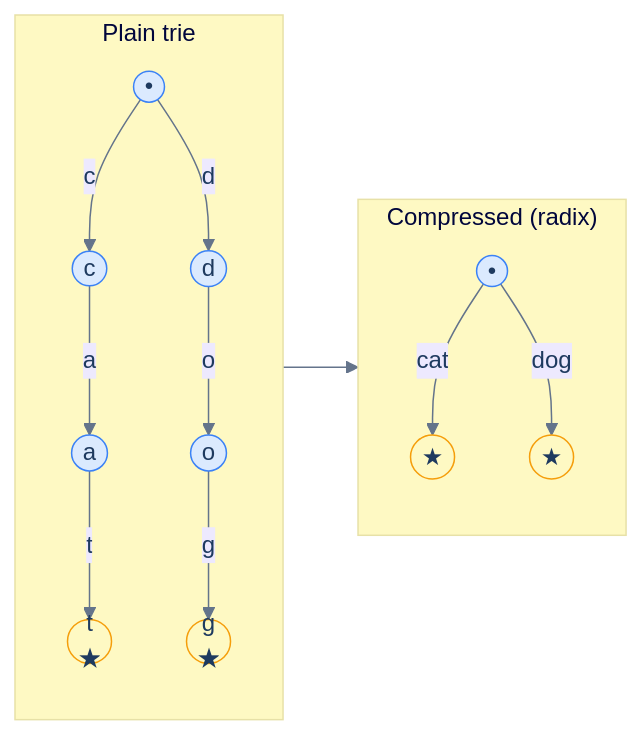
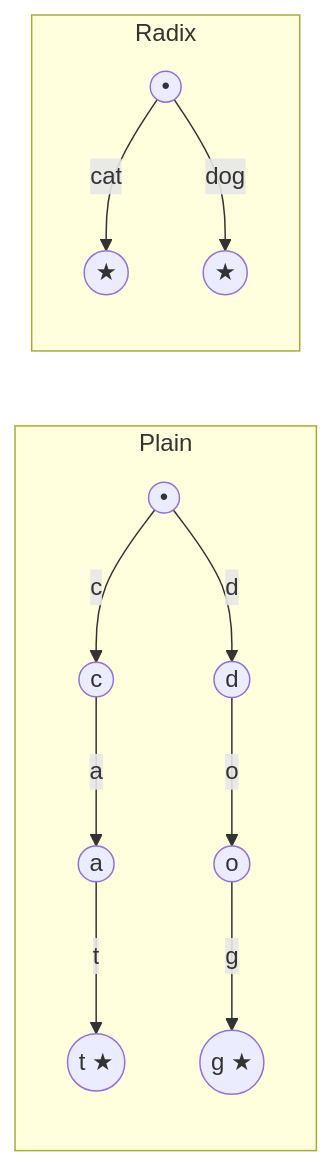
The second of 2 diagrams in content/cortex/data-structures-and-algorithms/03-trees/04-trie/01-introduction-to-tries.md (ani2fun/codefolio), drawn with Mermaid before and after one commit. The commit also changed other lines of this file and 1049 other files, not shown here.

````diff
--- a/content/cortex/data-structures-and-algorithms/03-trees/04-trie/01-introduction-to-tries.md
+++ b/content/cortex/data-structures-and-algorithms/03-trees/04-trie/01-introduction-to-tries.md
@@ -292,27 +201,11 @@
 ```mermaid
----
-config:
-  theme: base
-  themeVariables:
-    primaryColor: "#dbeafe"
-    primaryBorderColor: "#3b82f6"
-    primaryTextColor: "#1e3a5f"
-    lineColor: "#64748b"
-    secondaryColor: "#ede9fe"
-    tertiaryColor: "#fef9c3"
----
 flowchart LR
-  subgraph PLAIN["Plain trie"]
-    P0(("•")) -->|c| P1(("c")) -->|a| P2(("a")) -->|t| P3(("t<br/><b>★</b>"))
-    P0 -->|d| P4(("d")) -->|o| P5(("o")) -->|g| P6(("g<br/><b>★</b>"))
+  subgraph Plain
+    P0(("•")) -->|c| P1(("c")) -->|a| P2(("a")) -->|t| P3(("t ★"))
+    P0 -->|d| P4(("d")) -->|o| P5(("o")) -->|g| P6(("g ★"))
   end
-  subgraph COMPRESSED["Compressed (radix)"]
-    C0(("•")) -->|"cat"| C1(("★"))
-    C0 -->|"dog"| C2(("★"))
+  subgraph Radix
+    C0(("•")) -->|cat| C1(("★"))
+    C0 -->|dog| C2(("★"))
   end
-  PLAIN --> COMPRESSED
-  style P3 fill:#fef9c3,stroke:#f59e0b
-  style P6 fill:#fef9c3,stroke:#f59e0b
-  style C1 fill:#fef9c3,stroke:#f59e0b
-  style C2 fill:#fef9c3,stroke:#f59e0b
 ```
````
